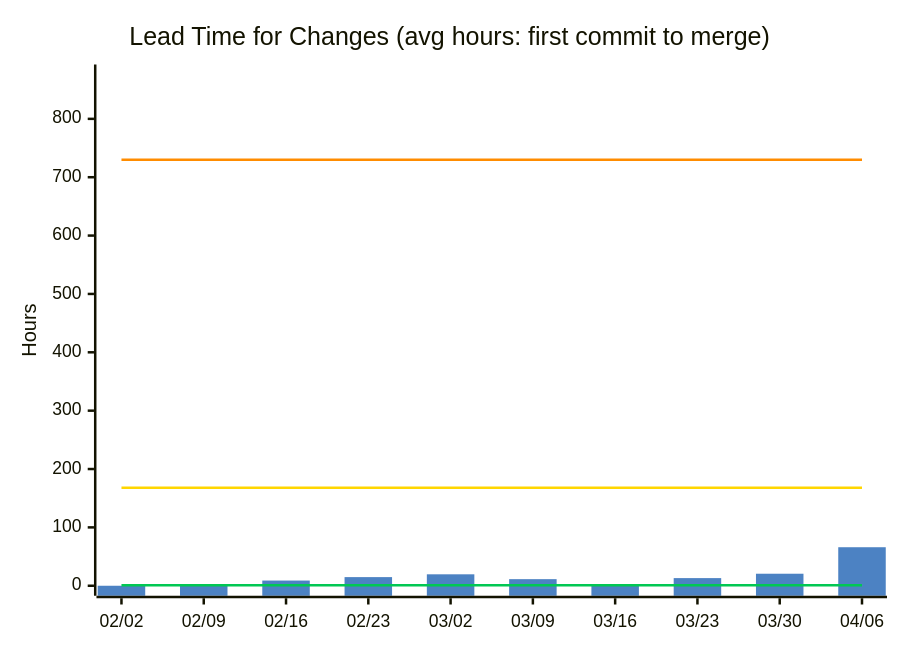
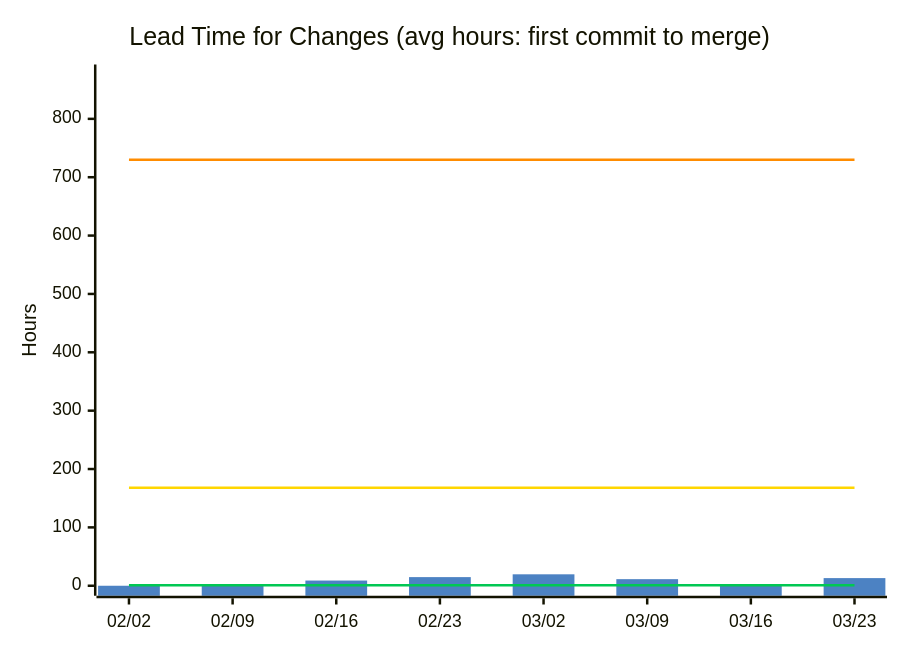
The second of 14 diagrams in docs/metrics.md (nablarch/nabledge-dev), drawn with Mermaid before and after one commit. The commit also changed other lines of this file and 1 other file, not shown here.

````diff
--- a/docs/metrics.md
+++ b/docs/metrics.md
@@ -49,11 +49,11 @@
 ```mermaid
 %%{init: {'theme': 'base', 'themeVariables': {'xyChart': {'plotColorPalette': '#4C82C3,#00C853,#FFD600,#FF8C00'}}}}%%
 xychart-beta
   title "Lead Time for Changes (avg hours: first commit to merge)"
-  x-axis ["02/02", "02/09", "02/16", "02/23", "03/02", "03/09", "03/16", "03/23", "03/30", "04/06"]
+  x-axis ["02/02", "02/09", "02/16", "02/23", "03/02", "03/09", "03/16", "03/23"]
   y-axis "Hours" 0 --> 876
-  bar [0, 2.7, 8.9, 14.8, 19.6, 11.3, 0, 13.1, 20.6, 66]
-  line [1, 1, 1, 1, 1, 1, 1, 1, 1, 1]
-  line [168, 168, 168, 168, 168, 168, 168, 168, 168, 168]
-  line [730, 730, 730, 730, 730, 730, 730, 730, 730, 730]
+  bar [0, 2.7, 8.9, 14.8, 19.6, 11.3, 0, 13.1]
+  line [1, 1, 1, 1, 1, 1, 1, 1]
+  line [168, 168, 168, 168, 168, 168, 168, 168]
+  line [730, 730, 730, 730, 730, 730, 730, 730]
 ```
````
